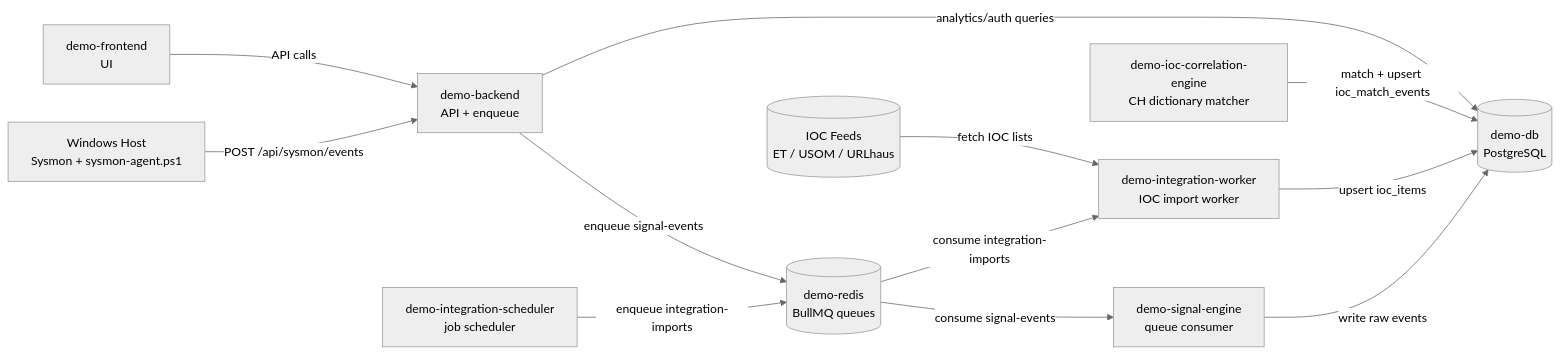
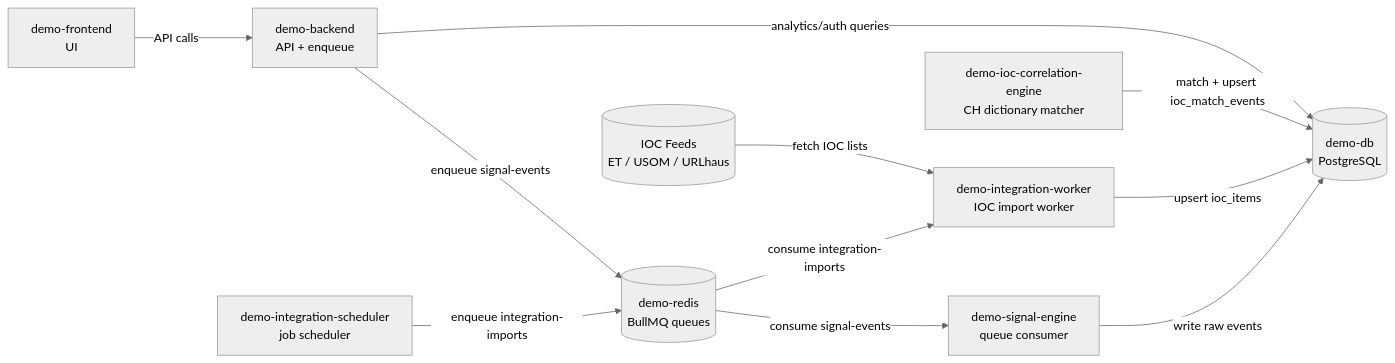
The first of 2 diagrams in docs/system-diagram.md (spatronn/TalonHound), drawn with Mermaid (neutral theme) before and after one commit. The commit also changed other lines of this file and 4 other files, not shown here.

Commit message:
docs: remove Sysmon docs and update diagrams

````diff
--- a/docs/system-diagram.md
+++ b/docs/system-diagram.md
@@ -5,28 +5,26 @@
 ```mermaid
 flowchart LR
-    W[Windows Host\nSysmon + sysmon-agent.ps1]
     FE[demo-frontend\nUI]
     BE[demo-backend\nAPI + enqueue]
     R[(demo-redis\nBullMQ queues)]
     SE[demo-signal-engine\nqueue consumer]
     ICE[demo-ioc-correlation-engine\nCH dictionary matcher]
     IS[demo-integration-scheduler\njob scheduler]
     IW[demo-integration-worker\nIOC import worker]
     DB[(demo-db\nPostgreSQL)]
     EXT[(IOC Feeds\nET / USOM / URLhaus)]
 
-    W -->|POST /api/sysmon/events| BE
     FE -->|API calls| BE
 
     BE -->|enqueue signal-events| R
     R -->|consume signal-events| SE
     SE -->|write raw events| DB
     ICE -->|match + upsert ioc_match_events| DB
 
     IS -->|enqueue integration-imports| R
     R -->|consume integration-imports| IW
     EXT -->|fetch IOC lists| IW
     IW -->|upsert ioc_items| DB
 
     BE -->|analytics/auth queries| DB
 ```
````
